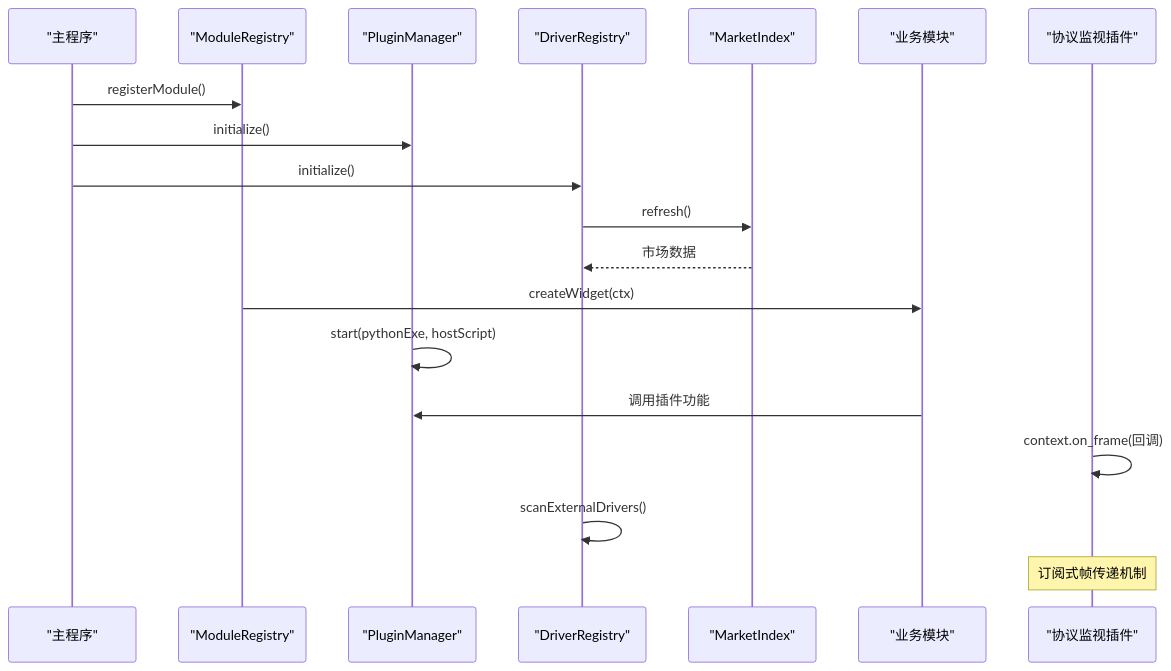
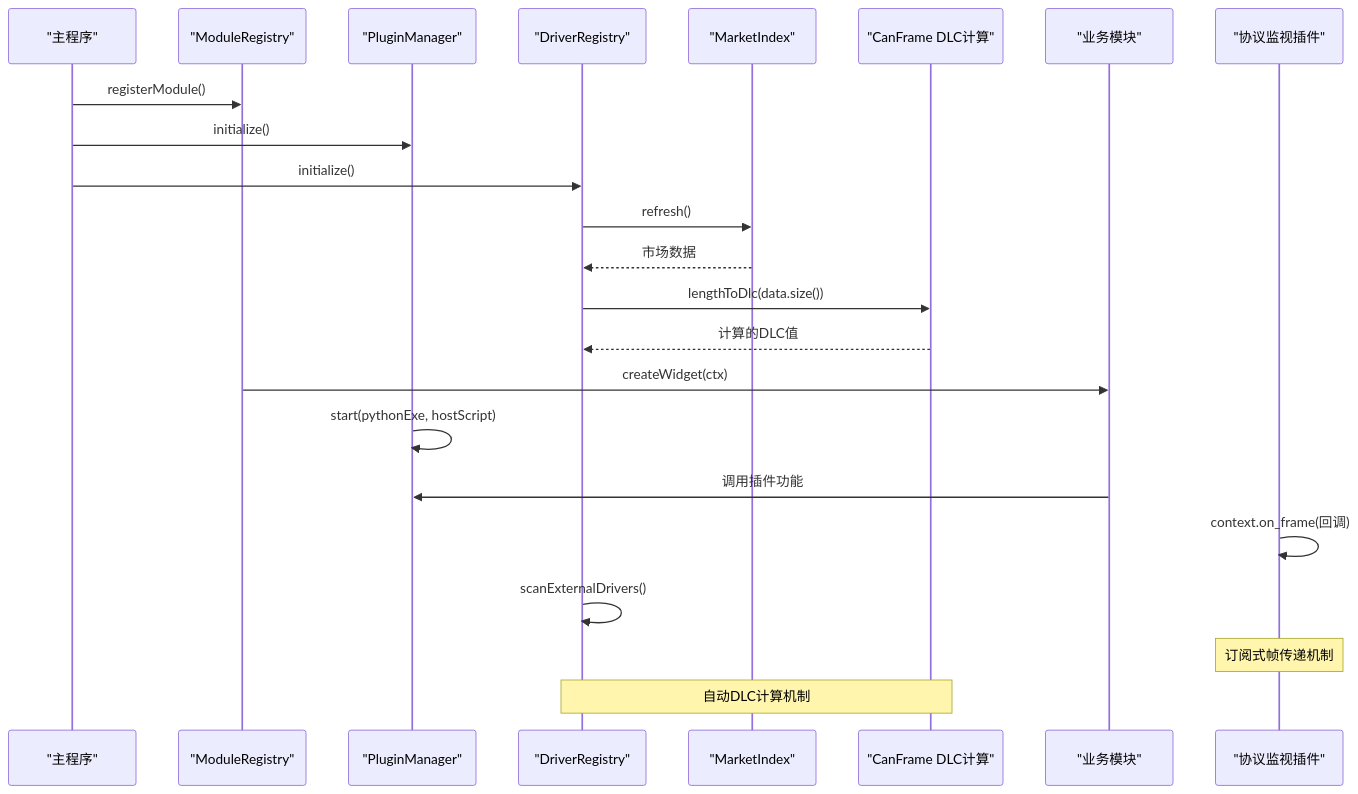
Before and after one commit to jakecai1225-design/OpenBus: the second of 3 diagrams in .qoder/repowiki/zh/content/架构设计/插件系统架构/插件系统架构.md, drawn with Mermaid. The commit also changed other lines of this file and 24 other files, not shown here.

Commit message:
trace graphic问题修改

````diff
--- a/.qoder/repowiki/zh/content/架构设计/插件系统架构/插件系统架构.md
+++ b/.qoder/repowiki/zh/content/架构设计/插件系统架构/插件系统架构.md
@@ -174,21 +183,25 @@
 ```mermaid
 sequenceDiagram
 participant App as "主程序"
 participant MR as "ModuleRegistry"
 participant PM as "PluginManager"
 participant DR as "DriverRegistry"
 participant MI as "MarketIndex"
+participant CF as "CanFrame DLC计算"
 participant BM as "业务模块"
 participant PMS as "协议监视插件"
 App->>MR : registerModule()
 App->>PM : initialize()
 App->>DR : initialize()
 DR->>MI : refresh()
 MI-->>DR : 市场数据
+DR->>CF : lengthToDlc(data.size())
+CF-->>DR : 计算的DLC值
 MR->>BM : createWidget(ctx)
 PM->>PM : start(pythonExe, hostScript)
 BM->>PM : 调用插件功能
 PMS->>PMS : context.on_frame(回调)
 DR->>DR : scanExternalDrivers()
 Note over PMS : 订阅式帧传递机制
+Note over DR,CF : 自动DLC计算机制
 ```
````
